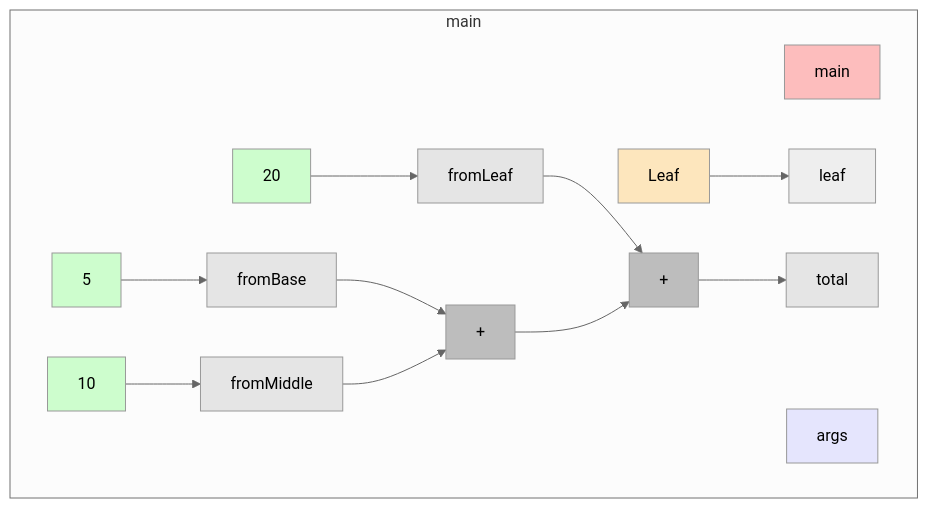
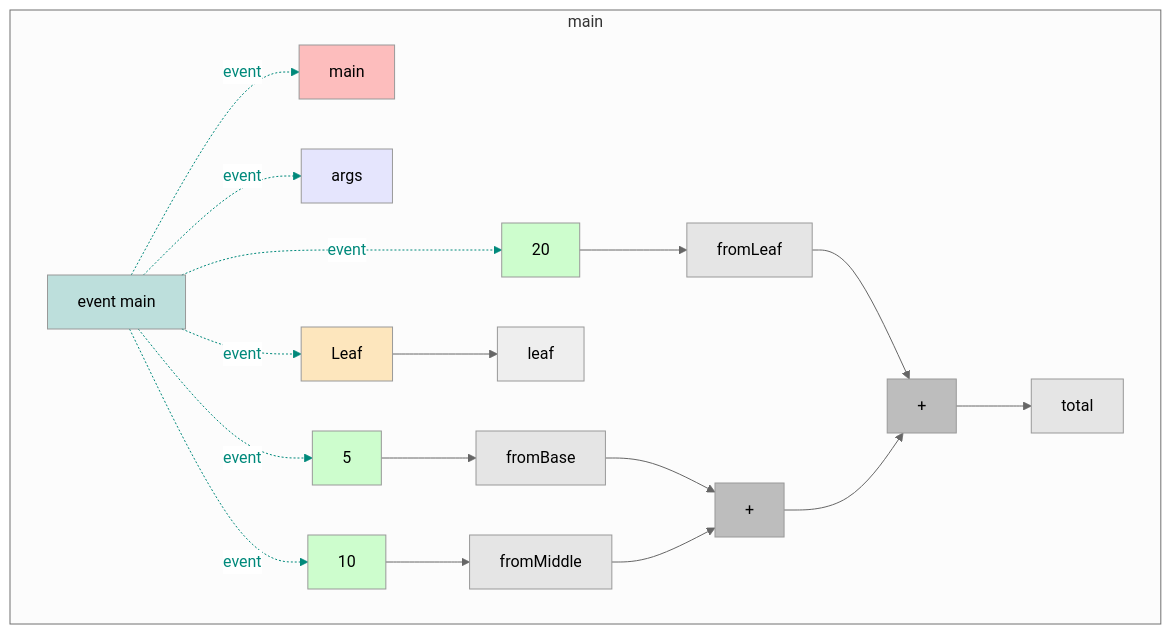
Before and after one commit to gstiebler/codeflow: the diagram in app/src/test/resources/inheritance/snapshot.md, drawn with Mermaid (neutral theme). The commit also changed 77 other files, not shown here.

````diff
--- a/app/src/test/resources/inheritance/snapshot.md
+++ b/app/src/test/resources/inheritance/snapshot.md
@@ -1,34 +1,48 @@
 ```mermaid
 flowchart TD
   subgraph b0["main"]
-    n1[main]:::RETURN
-    n2[args]:::FUNC_PARAM
-    n3[Leaf]:::EXTERNAL
-    n4[leaf]:::OBJ_VARIABLE
-    n5[5]:::LITERAL
-    n6[fromBase]:::VARIABLE
-    n7[10]:::LITERAL
-    n8[fromMiddle]:::VARIABLE
-    n9[20]:::LITERAL
-    n10[fromLeaf]:::VARIABLE
-    n11[+]:::BIN_OP
+    n1[event main]:::EVENT
+    n2[main]:::RETURN
+    n3[args]:::FUNC_PARAM
+    n4[Leaf]:::EXTERNAL
+    n5[leaf]:::OBJ_VARIABLE
+    n6[5]:::LITERAL
+    n7[fromBase]:::VARIABLE
+    n8[10]:::LITERAL
+    n9[fromMiddle]:::VARIABLE
+    n10[20]:::LITERAL
+    n11[fromLeaf]:::VARIABLE
     n12[+]:::BIN_OP
-    n13[total]:::VARIABLE
-    n3[Leaf]:::EXTERNAL --> n4[leaf]:::OBJ_VARIABLE
-    n5[5]:::LITERAL --> n6[fromBase]:::VARIABLE
-    n6[fromBase]:::VARIABLE --> n11[+]:::BIN_OP
-    n7[10]:::LITERAL --> n8[fromMiddle]:::VARIABLE
-    n8[fromMiddle]:::VARIABLE --> n11[+]:::BIN_OP
-    n9[20]:::LITERAL --> n10[fromLeaf]:::VARIABLE
-    n10[fromLeaf]:::VARIABLE --> n12[+]:::BIN_OP
-    n11[+]:::BIN_OP --> n12[+]:::BIN_OP
-    n12[+]:::BIN_OP --> n13[total]:::VARIABLE
+    n13[+]:::BIN_OP
+    n14[total]:::VARIABLE
+    n1[event main]:::EVENT -. event .-> n2[main]:::RETURN
+    n1[event main]:::EVENT -. event .-> n3[args]:::FUNC_PARAM
+    n1[event main]:::EVENT -. event .-> n4[Leaf]:::EXTERNAL
+    n1[event main]:::EVENT -. event .-> n6[5]:::LITERAL
+    n1[event main]:::EVENT -. event .-> n8[10]:::LITERAL
+    n1[event main]:::EVENT -. event .-> n10[20]:::LITERAL
+    n4[Leaf]:::EXTERNAL --> n5[leaf]:::OBJ_VARIABLE
+    n6[5]:::LITERAL --> n7[fromBase]:::VARIABLE
+    n7[fromBase]:::VARIABLE --> n12[+]:::BIN_OP
+    n8[10]:::LITERAL --> n9[fromMiddle]:::VARIABLE
+    n9[fromMiddle]:::VARIABLE --> n12[+]:::BIN_OP
+    n10[20]:::LITERAL --> n11[fromLeaf]:::VARIABLE
+    n11[fromLeaf]:::VARIABLE --> n13[+]:::BIN_OP
+    n12[+]:::BIN_OP --> n13[+]:::BIN_OP
+    n13[+]:::BIN_OP --> n14[total]:::VARIABLE
   end
+  linkStyle 0 stroke:#00897b,color:#00897b
+  linkStyle 1 stroke:#00897b,color:#00897b
+  linkStyle 2 stroke:#00897b,color:#00897b
+  linkStyle 3 stroke:#00897b,color:#00897b
+  linkStyle 4 stroke:#00897b,color:#00897b
+  linkStyle 5 stroke:#00897b,color:#00897b
   classDef LITERAL fill:#00FF0030
   classDef VARIABLE fill:#80808030
   classDef BIN_OP fill:#80808080
   classDef FUNC_PARAM fill:#8080FF30
   classDef RETURN fill:#FF808080
   classDef EXTERNAL fill:#FFA50040
   classDef UNMODELLED fill:#FF000030,stroke-dasharray: 4 2
+  classDef EVENT fill:#00897B40
 ```
````
